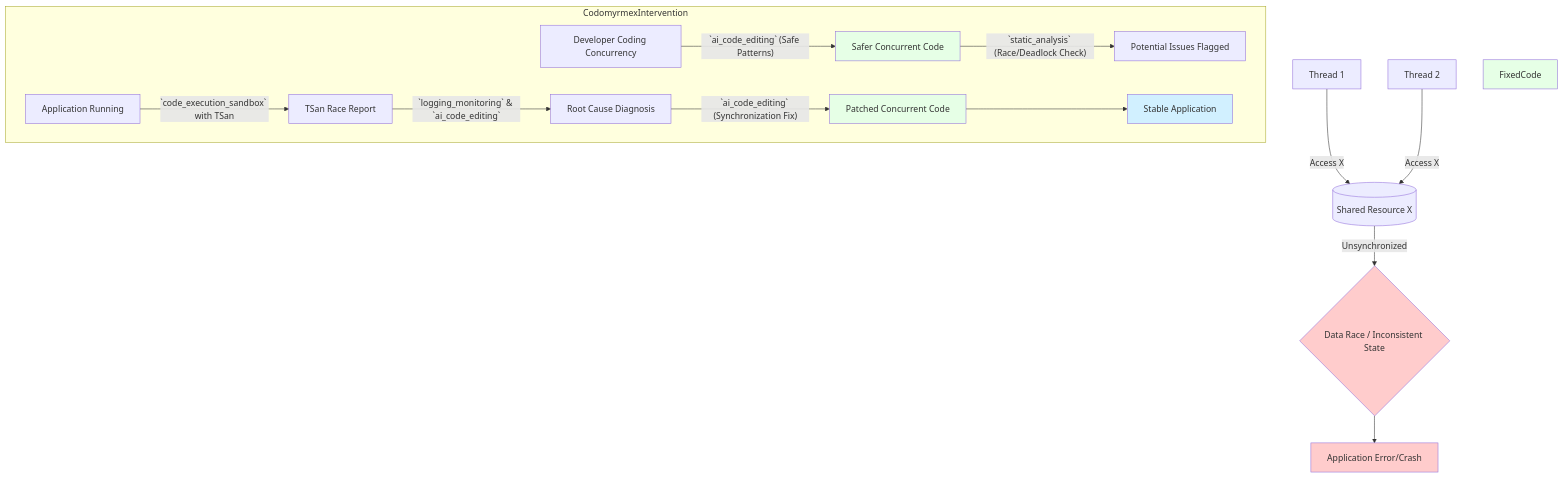
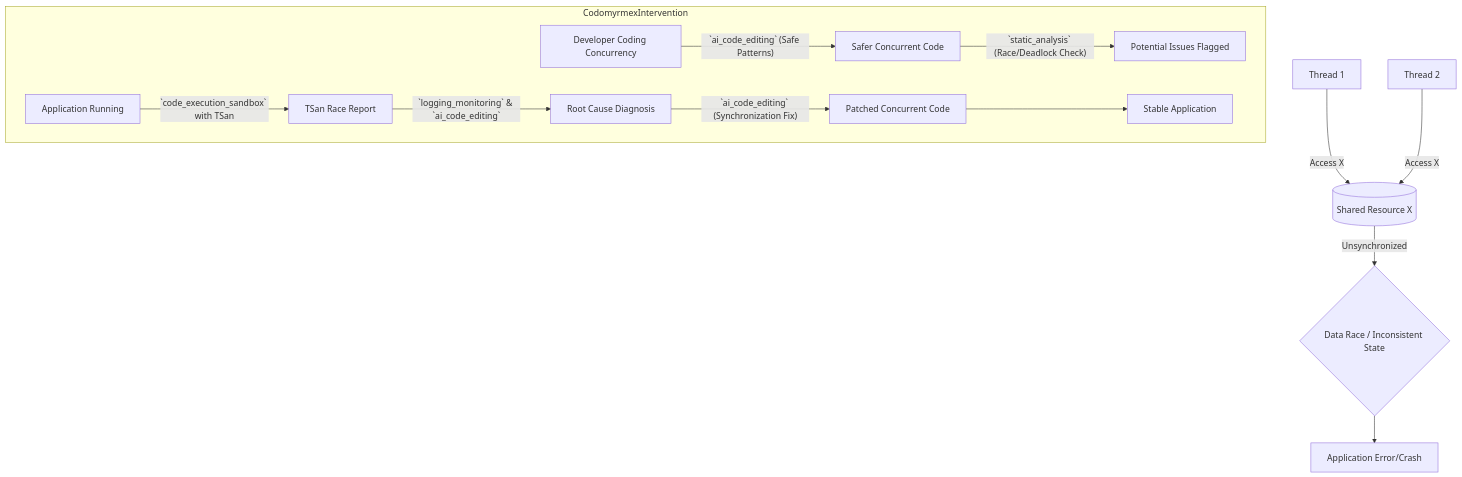
The fourth of 4 diagrams in docs/modules/documentation/bug_taxonomy.md (docxology/codomyrmex), drawn with Mermaid before and after one commit. The commit also changed other lines of this file and 86 other files, not shown here.

````diff
--- a/docs/modules/documentation/bug_taxonomy.md
+++ b/docs/modules/documentation/bug_taxonomy.md
@@ -628,24 +615,17 @@
 ```mermaid
 graph TD
     T1[Thread 1] -->|Access X| SharedX[(Shared Resource X)];
     T2[Thread 2] -->|Access X| SharedX;
     SharedX -->|Unsynchronized| Race{Data Race / Inconsistent State};
     Race --> AppErr[Application Error/Crash];
 
-    subgraph CodomyrmexIntervention
+    subgraph cxRace [CodomyrmexIntervention]
         Dev[Developer Coding Concurrency] -- `ai_code_editing` (Safe Patterns) --> SafeCode[Safer Concurrent Code];
         SafeCode -- `static_analysis` (Race/Deadlock Check) --> StaticWarn[Potential Issues Flagged];
         
         App[Application Running] -- `code_execution_sandbox` with TSan --> TSanReport[TSan Race Report];
         TSanReport -- `logging_monitoring` & `ai_code_editing` --> Diagnosis[Root Cause Diagnosis];
         Diagnosis -- `ai_code_editing` (Synchronization Fix) --> PatchedCode[Patched Concurrent Code];
         PatchedCode --> StableApp[Stable Application];
     end
-
-    style Race fill:#ffcccc
-    style AppErr fill:#ffcccc
-    style SafeCode fill:#e6ffe6
-    style FixedCode fill:#e6ffe6
-    style PatchedCode fill:#e6ffe6
-    style StableApp fill:#d1f0ff
 ```
````
